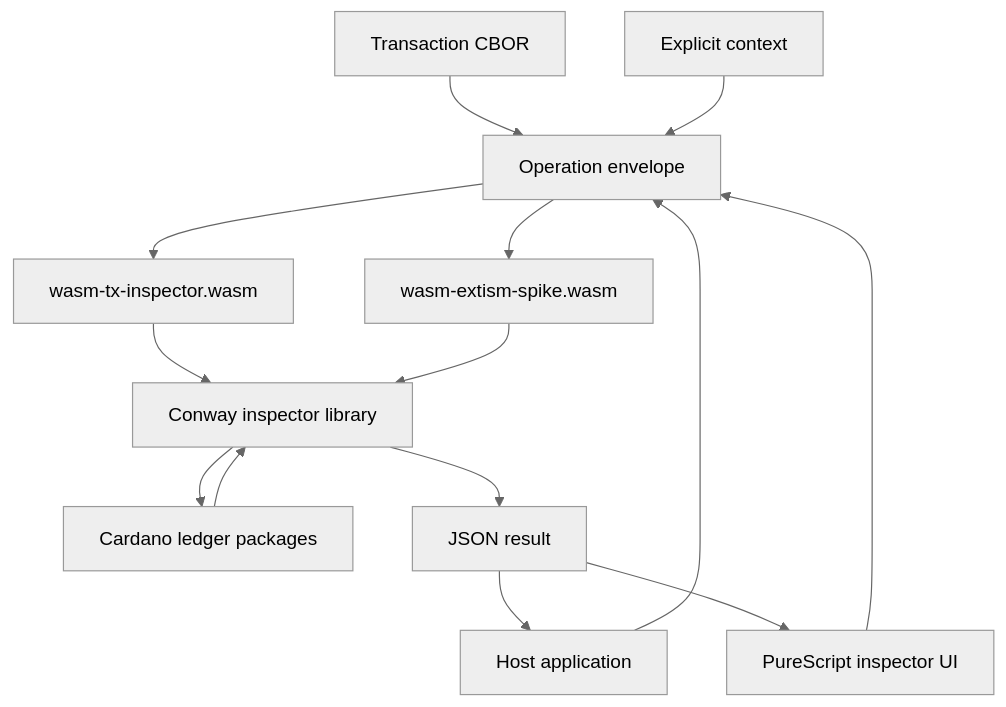
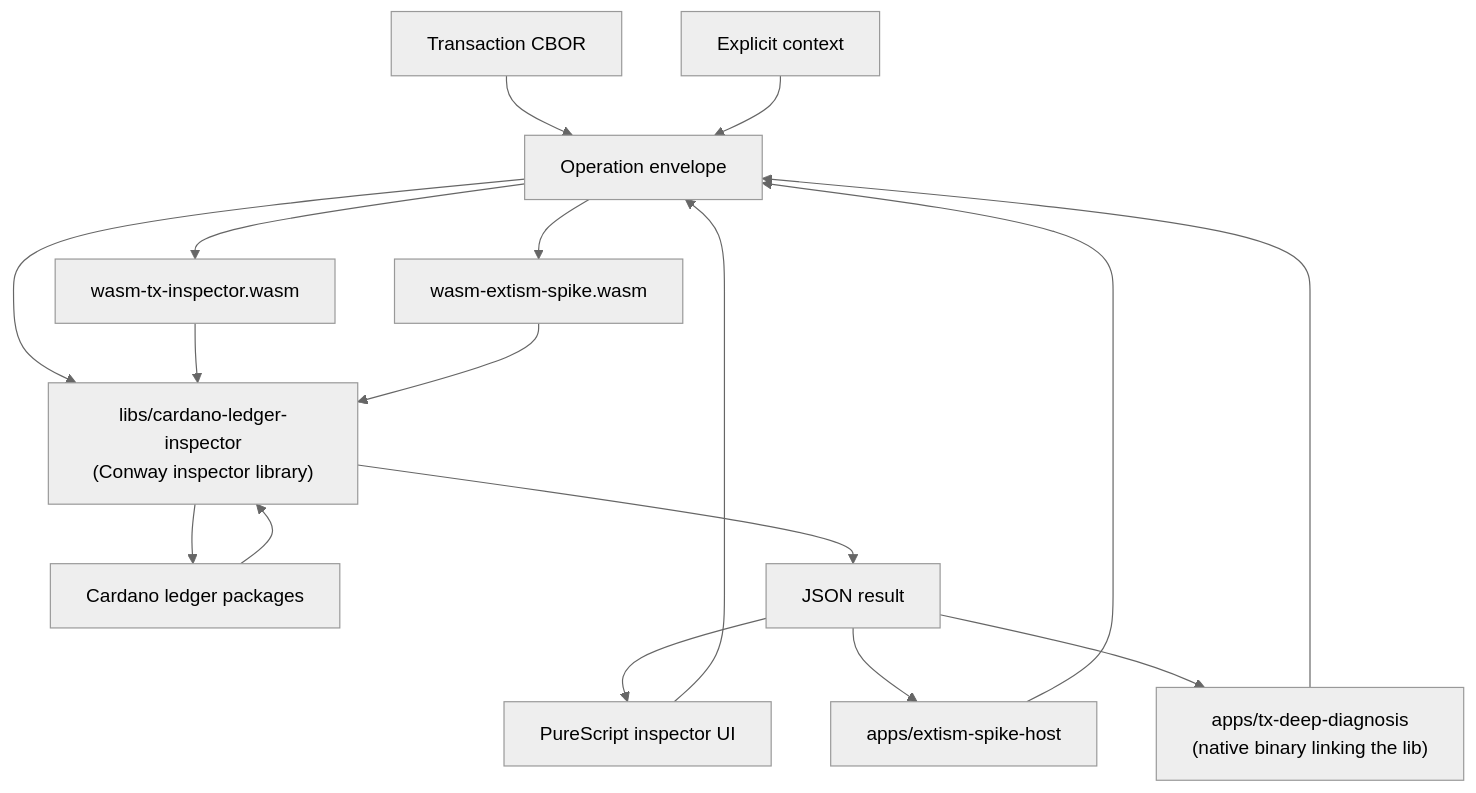
The first of 2 diagrams in gh-docs/architecture.md (lambdasistemi/cardano-ledger-inspector), drawn with Mermaid (neutral theme) before and after one commit. The commit also changed other lines of this file and 2 other files, not shown here.

First line of the commit message:
docs: update architecture + build docs for the new layout

````diff
--- a/gh-docs/architecture.md
+++ b/gh-docs/architecture.md
@@ -7,27 +7,31 @@
 ```mermaid
 flowchart TB
   Tx[Transaction CBOR]
   Context[Explicit context]
   Envelope[Operation envelope]
-  Inspector[Conway inspector library]
+  Inspector["libs/cardano-ledger-inspector<br/>(Conway inspector library)"]
   WASI[wasm-tx-inspector.wasm]
   Extism[wasm-extism-spike.wasm]
+  Native["apps/tx-deep-diagnosis<br/>(native binary linking the lib)"]
   UI[PureScript inspector UI]
-  Host[Host application]
+  ExtHost[apps/extism-spike-host]
   Ledger[Cardano ledger packages]
   JSON[JSON result]
 
-  Host --> Envelope
-  UI --> Envelope
   Tx --> Envelope
   Context --> Envelope
+  UI --> Envelope
+  ExtHost --> Envelope
+  Native --> Envelope
   Envelope --> WASI
   Envelope --> Extism
+  Envelope --> Inspector
   WASI --> Inspector
   Extism --> Inspector
   Inspector --> Ledger
   Ledger --> Inspector
   Inspector --> JSON
-  JSON --> Host
   JSON --> UI
+  JSON --> ExtHost
+  JSON --> Native
 ```
````
